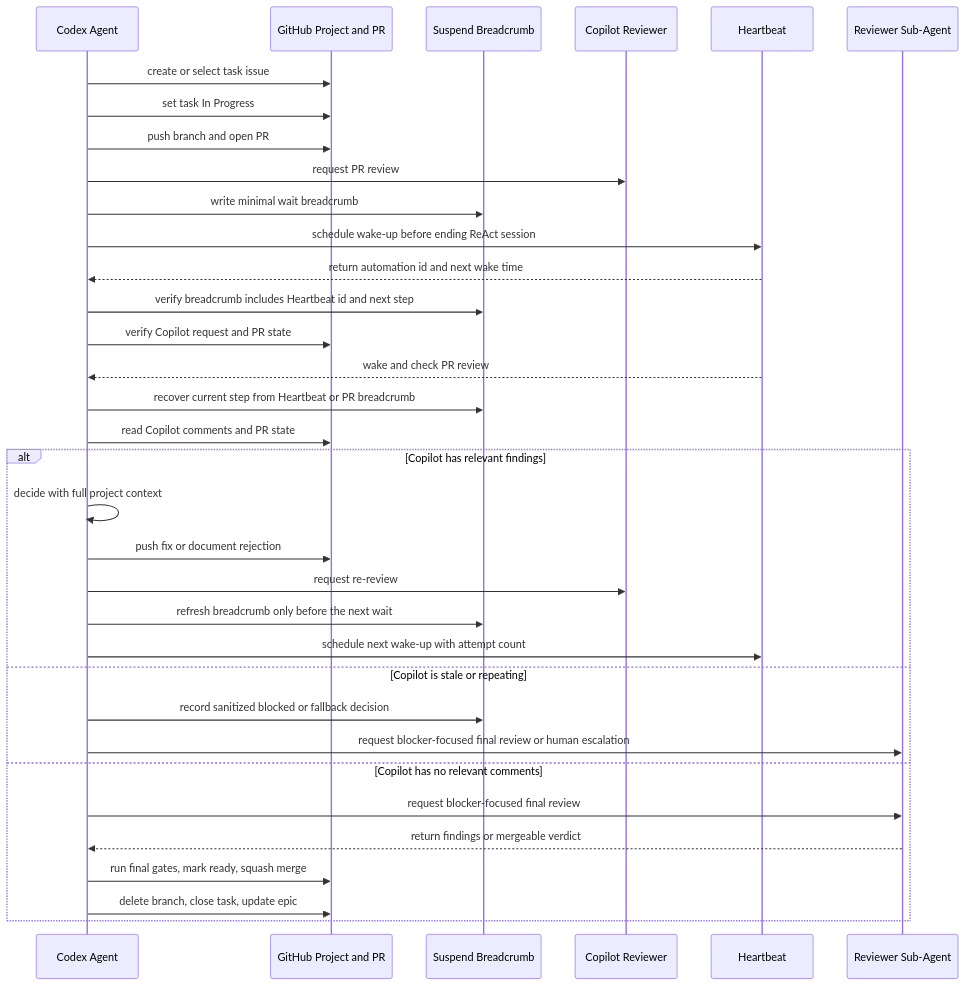
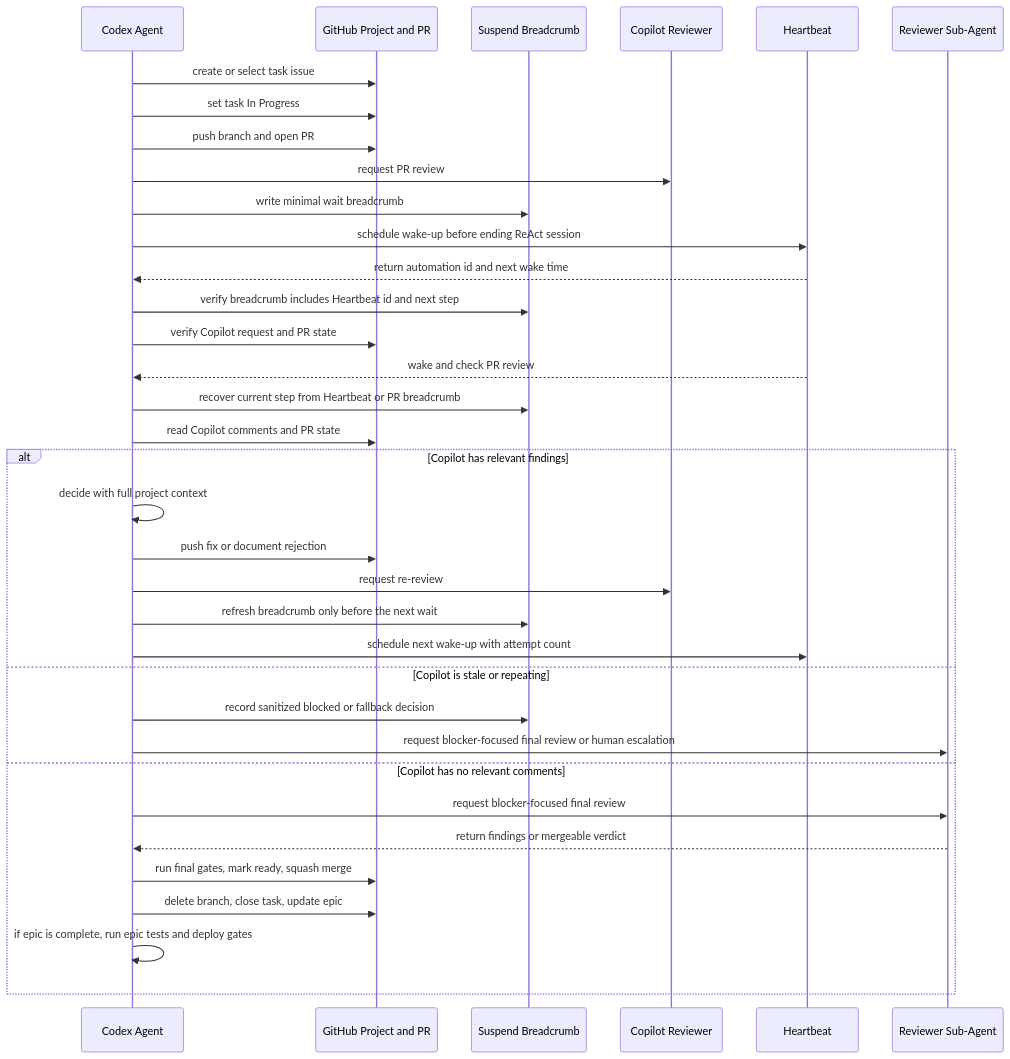
One commit to Turkevich91/Aigan changed the second of 3 diagrams in AGENTS.dev-pipeline-contract.md. Above: the diagram before and after it, drawn with Mermaid. The commit also changed other lines of this file and 1 other file, not shown here.

First line of the commit message:
[DEV] Add epic deploy gate contract

````diff
--- a/AGENTS.dev-pipeline-contract.md
+++ b/AGENTS.dev-pipeline-contract.md
@@ -65,37 +79,38 @@
 ```mermaid
 sequenceDiagram
     participant CA as Codex Agent
     participant GH as GitHub Project and PR
     participant BR as Suspend Breadcrumb
     participant CP as Copilot Reviewer
     participant HB as Heartbeat
     participant RA as Reviewer Sub-Agent
 
     CA->>GH: create or select task issue
     CA->>GH: set task In Progress
     CA->>GH: push branch and open PR
     CA->>CP: request PR review
     CA->>BR: write minimal wait breadcrumb
     CA->>HB: schedule wake-up before ending ReAct session
     HB-->>CA: return automation id and next wake time
     CA->>BR: verify breadcrumb includes Heartbeat id and next step
     CA->>GH: verify Copilot request and PR state
     HB-->>CA: wake and check PR review
     CA->>BR: recover current step from Heartbeat or PR breadcrumb
     CA->>GH: read Copilot comments and PR state
     alt Copilot has relevant findings
         CA->>CA: decide with full project context
         CA->>GH: push fix or document rejection
         CA->>CP: request re-review
         CA->>BR: refresh breadcrumb only before the next wait
         CA->>HB: schedule next wake-up with attempt count
     else Copilot is stale or repeating
         CA->>BR: record sanitized blocked or fallback decision
         CA->>RA: request blocker-focused final review or human escalation
     else Copilot has no relevant comments
         CA->>RA: request blocker-focused final review
         RA-->>CA: return findings or mergeable verdict
         CA->>GH: run final gates, mark ready, squash merge
         CA->>GH: delete branch, close task, update epic
+        CA->>CA: if epic is complete, run epic tests and deploy gates
     end
 ```
````
